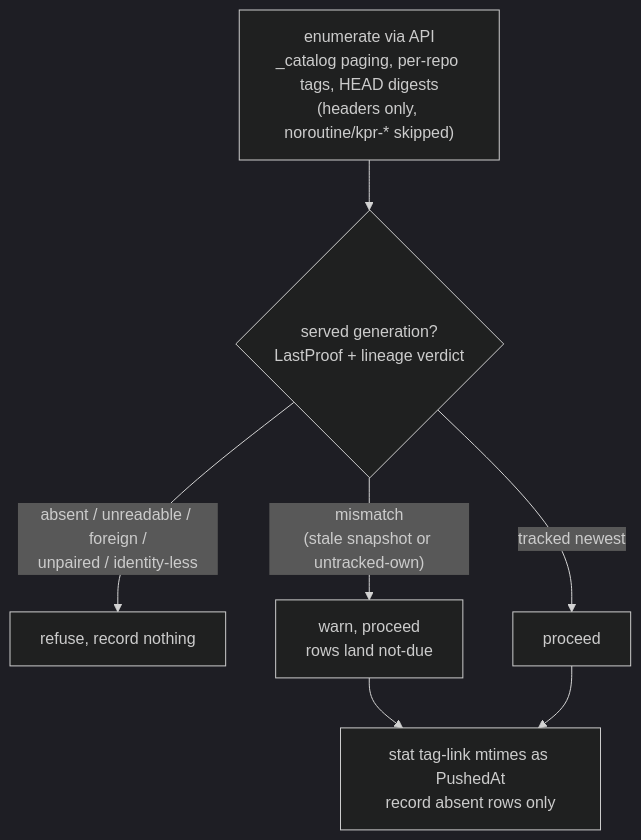
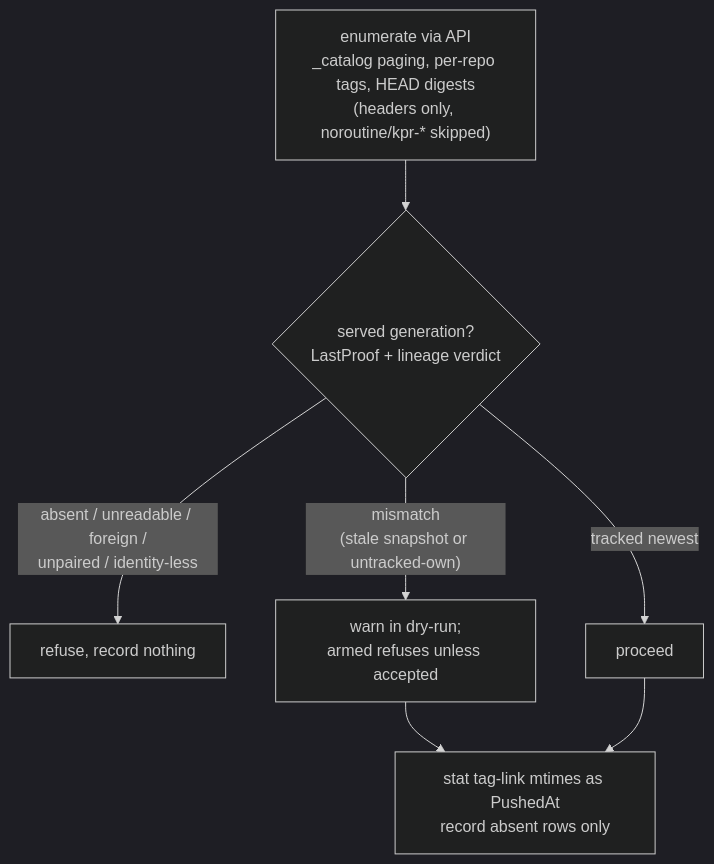
Before and after one commit to noroutine/kpr: the diagram in docs/BACKFILL.md, drawn with Mermaid (dark theme). The commit also changed other lines of this file and 12 other files, not shown here.

````diff
--- a/docs/BACKFILL.md
+++ b/docs/BACKFILL.md
@@ -34,9 +34,9 @@
 ```mermaid
 flowchart TB
     enum["enumerate via API\n_catalog paging, per-repo tags, HEAD digests\n(headers only, noroutine/kpr-* skipped)"] --> gate{"served generation?\nLastProof + lineage verdict"}
     gate -- "absent / unreadable / foreign /\nunpaired / identity-less" --> refuse["refuse, record nothing"]
-    gate -- "mismatch\n(stale snapshot or untracked-own)" --> warn["warn, proceed\nrows land not-due"]
+    gate -- "mismatch\n(stale snapshot or untracked-own)" --> warn["warn in dry-run;\narmed refuses unless accepted"]
     gate -- "tracked newest" --> hold["proceed"]
     warn --> mtime["stat tag-link mtimes as PushedAt\nrecord absent rows only"]
     hold --> mtime["stat tag-link mtimes as PushedAt\nrecord absent rows only"]
 ```
````
